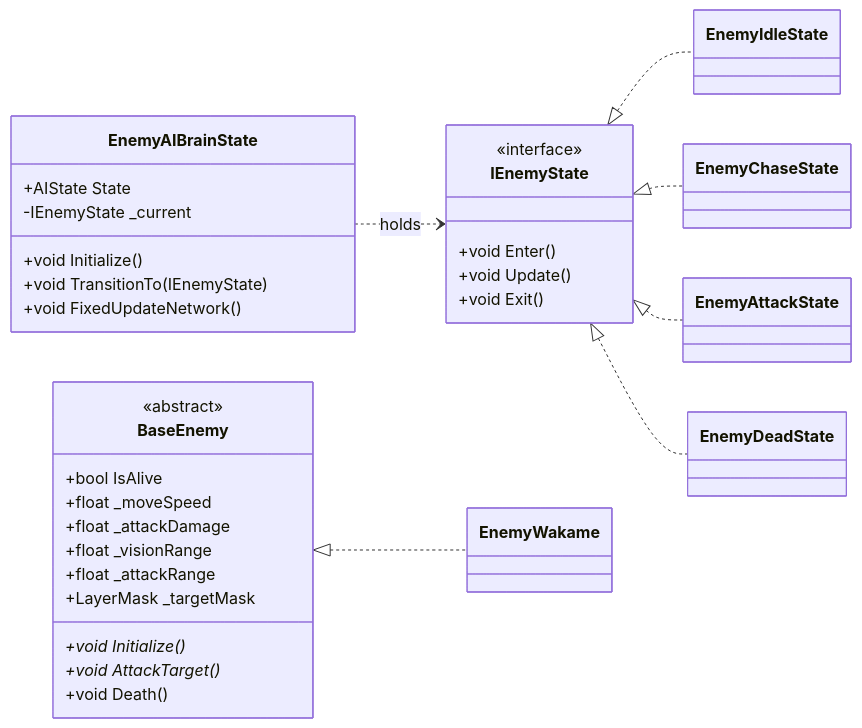
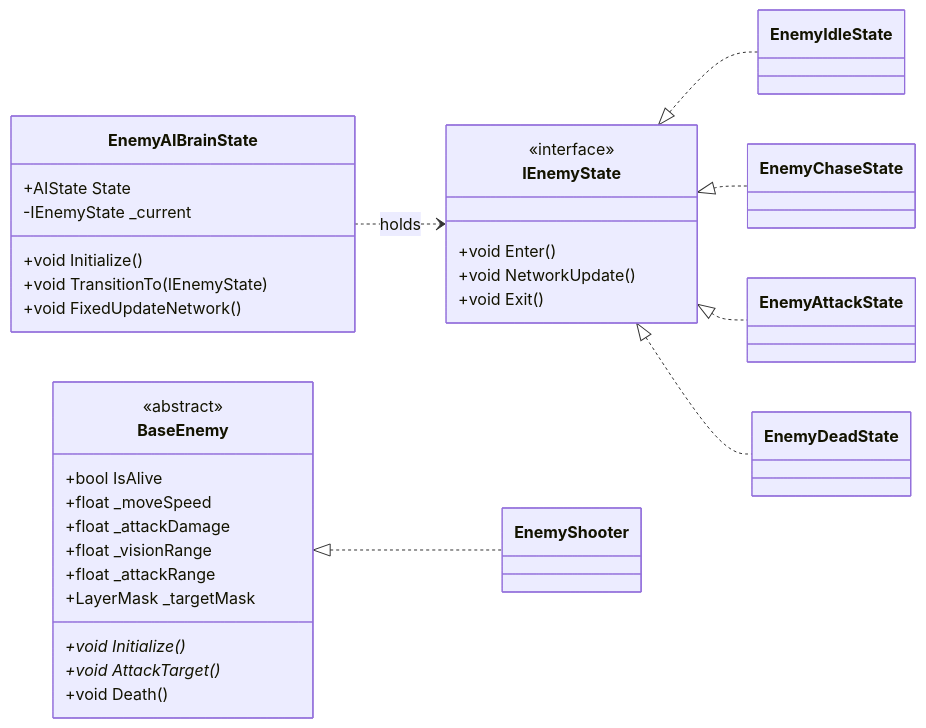
Before and after one commit to rioreo9/NetworkProject: the first of 2 diagrams in Assets/Docs/敵システム仕様書.md, drawn with Mermaid. The commit also changed other lines of this file and 20 other files, not shown here.

````diff
--- a/Assets/Docs/敵システム仕様書.md
+++ b/Assets/Docs/敵システム仕様書.md
@@ -29,44 +29,44 @@
 ```mermaid
 classDiagram
 direction LR
 
 class BaseEnemy {
   <<abstract>>
   +bool IsAlive
   +float _moveSpeed
   +float _attackDamage
   +float _visionRange
   +float _attackRange
   +LayerMask _targetMask
   +void Initialize()*
   +void AttackTarget()*
   +void Death()
 }
 
 class EnemyAIBrainState {
   +AIState State
   -IEnemyState _current
   +void Initialize()
   +void TransitionTo(IEnemyState)
   +void FixedUpdateNetwork()
 }
 
 class IEnemyState {
   <<interface>>
   +void Enter()
-  +void Update()
+  +void NetworkUpdate()
   +void Exit()
 }
 
 class EnemyIdleState
 class EnemyChaseState
 class EnemyAttackState
 class EnemyDeadState
 
-BaseEnemy <|.. EnemyWakame
+BaseEnemy <|.. EnemyShooter
 EnemyAIBrainState ..> IEnemyState : holds
 IEnemyState <|.. EnemyIdleState
 IEnemyState <|.. EnemyChaseState
 IEnemyState <|.. EnemyAttackState
 IEnemyState <|.. EnemyDeadState
 ```
````
